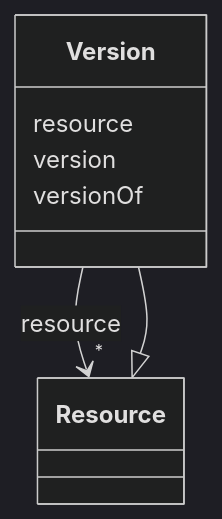
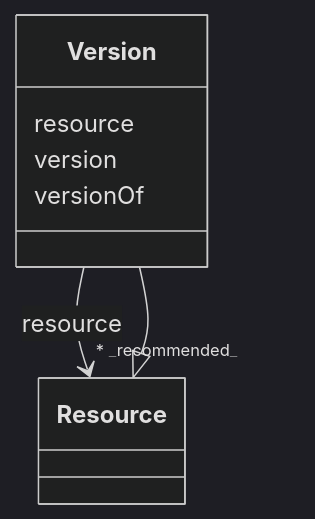
One commit to EVORA-project/evora-ontology changed the diagram in models/docs/Version.md. Above: the diagram before and after it, drawn with Mermaid (dark theme). The commit also changed other lines of this file and 232 other files, not shown here.

````diff
--- a/models/docs/Version.md
+++ b/models/docs/Version.md
@@ -19,22 +19,22 @@
 ```mermaid
  classDiagram
     class Version
     click Version href "../Version"
       Resource <|-- Version
         click Resource href "../Resource"
       
       Version : resource
         
           
     
     
-    Version --> "*" Resource : resource
+    Version --> "* _recommended_" Resource : resource
     click Resource href "../Resource"
 
         
       Version : version
         
       Version : versionOf
         
       
 ```
````
